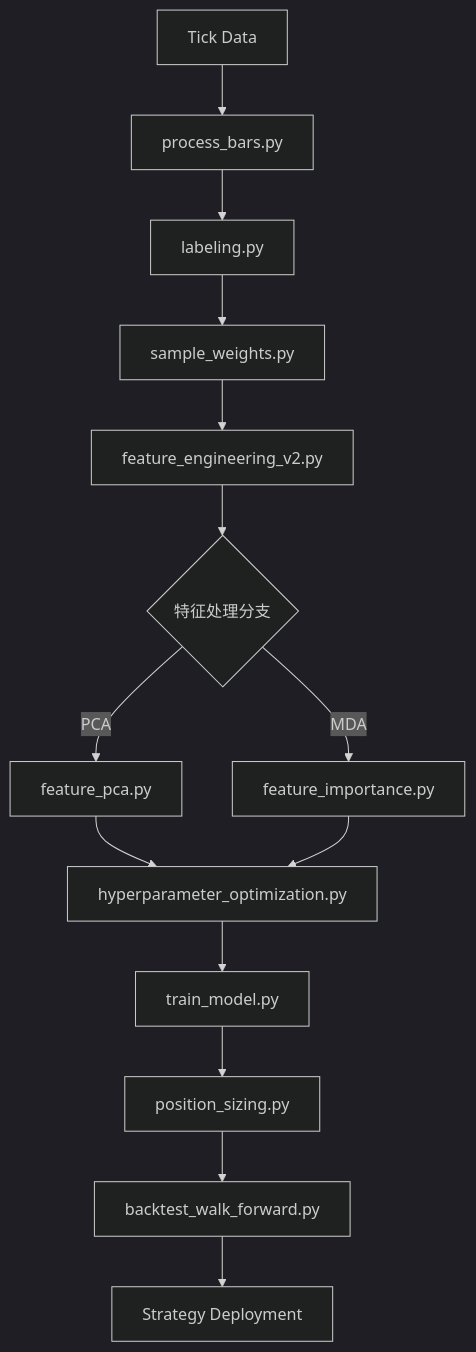
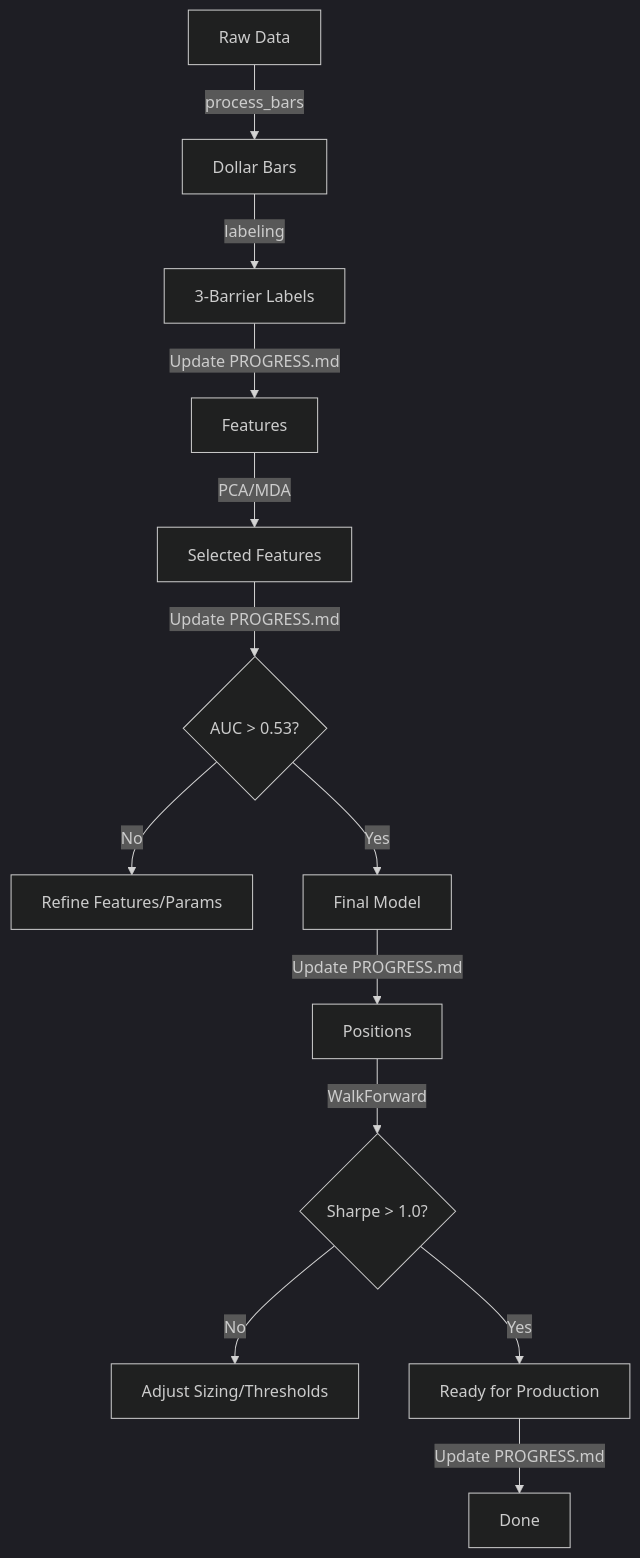
One commit to jieyujing/AFML changed the diagram in .agent/skills/afml-workflow/SKILL.md. Above: the diagram before and after it, drawn with Mermaid (dark theme). The commit also changed other lines of this file and 20 other files, not shown here.

````diff
--- a/.agent/skills/afml-workflow/SKILL.md
+++ b/.agent/skills/afml-workflow/SKILL.md
@@ -35,16 +104,15 @@
 ```mermaid
 graph TD
-    A[Tick Data] --> B[process_bars.py]
-    B --> C[labeling.py]
-    C --> D[sample_weights.py]
-    D --> E[feature_engineering_v2.py]
-    E --> F1{特征处理分支}
-    F1 -->|PCA| G1[feature_pca.py]
-    F1 -->|MDA| G2[feature_importance.py]
-    G1 --> H[hyperparameter_optimization.py]
-    G2 --> H
-    H --> I[train_model.py]
-    I --> I2[position_sizing.py]
-    I2 --> J[backtest_walk_forward.py]
-    J --> K[Strategy Deployment]
+    Data[Raw Data] -->|process_bars| Bars[Dollar Bars]
+    Bars -->|labeling| Labels[3-Barrier Labels]
+    Labels -->|Update PROGRESS.md| Features[Features]
+    Features -->|PCA/MDA| Selected[Selected Features]
+    Selected -->|Update PROGRESS.md| Optimization{AUC > 0.53?}
+    Optimization -- No --> Refine[Refine Features/Params]
+    Optimization -- Yes --> Model[Final Model]
+    Model -->|Update PROGRESS.md| Bets[Positions]
+    Bets -->|WalkForward| Backtest{Sharpe > 1.0?}
+    Backtest -- No --> Adjust[Adjust Sizing/Thresholds]
+    Backtest -- Yes --> Deploy[Ready for Production]
+    Deploy -->|Update PROGRESS.md| End[Done]
 ```
````
